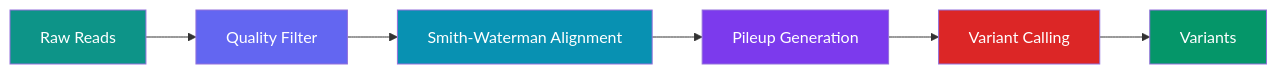
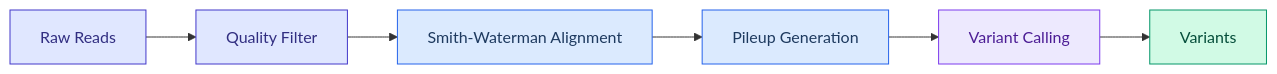
One commit to avitai/DiffBio changed the diagram in docs/index.md. Above: the diagram before and after it, drawn with Mermaid. The commit also changed other lines of this file and 124 other files, not shown here.

````diff
--- a/docs/index.md
+++ b/docs/index.md
@@ -104,15 +91,15 @@
 ```mermaid
 graph LR
     A[Raw Reads] --> B[Quality Filter]
     B --> C[Smith-Waterman Alignment]
     C --> D[Pileup Generation]
     D --> E[Variant Calling]
     E --> F[Variants]
 
-    style A fill:#0d9488,color:#fff
-    style B fill:#6366f1,color:#fff
-    style C fill:#0891b2,color:#fff
-    style D fill:#7c3aed,color:#fff
-    style E fill:#dc2626,color:#fff
-    style F fill:#059669,color:#fff
+    style A fill:#e0e7ff,stroke:#4338ca,color:#312e81
+    style B fill:#e0e7ff,stroke:#4338ca,color:#312e81
+    style C fill:#dbeafe,stroke:#2563eb,color:#1e3a5f
+    style D fill:#dbeafe,stroke:#2563eb,color:#1e3a5f
+    style E fill:#ede9fe,stroke:#7c3aed,color:#4c1d95
+    style F fill:#d1fae5,stroke:#059669,color:#064e3b
 ```
````
